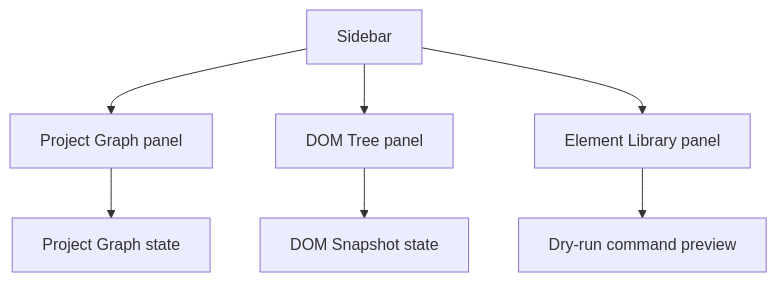
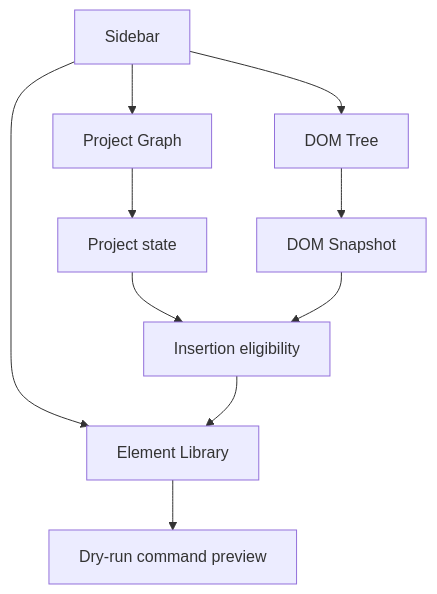
The diagram in docs/architecture/renderer-shell/sidebar-composition.md (krestosa/Crystal), drawn with Mermaid before and after one commit. The commit also changed other lines of this file and 60 other files, not shown here.

````diff
--- a/docs/architecture/renderer-shell/sidebar-composition.md
+++ b/docs/architecture/renderer-shell/sidebar-composition.md
@@ -13,9 +13,12 @@
 ```mermaid
 flowchart TD
-  Sidebar[Sidebar] --> GraphPanel[Project Graph panel]
-  Sidebar --> DomTree[DOM Tree panel]
-  Sidebar --> ElementLibrary[Element Library panel]
-  GraphPanel --> ProjectState[Project Graph state]
-  DomTree --> SnapshotState[DOM Snapshot state]
-  ElementLibrary --> CommandPreview[Dry-run command preview]
+  Sidebar[Sidebar] --> Graph[Project Graph]
+  Sidebar --> Tree[DOM Tree]
+  Sidebar --> Library[Element Library]
+  Graph --> Project[Project state]
+  Tree --> Snapshot[DOM Snapshot]
+  Project --> Eligibility[Insertion eligibility]
+  Snapshot --> Eligibility
+  Eligibility --> Library
+  Library --> Preview[Dry-run command preview]
 ```
````
